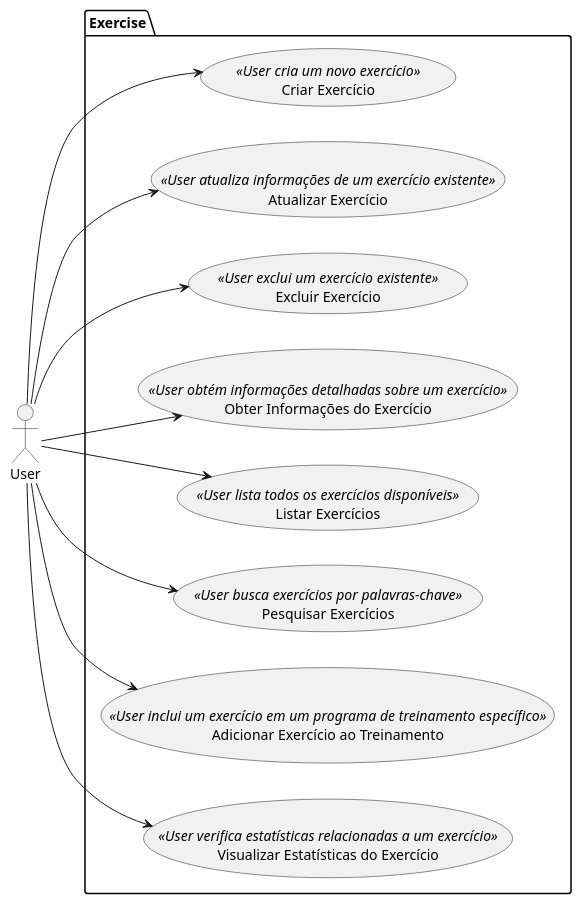
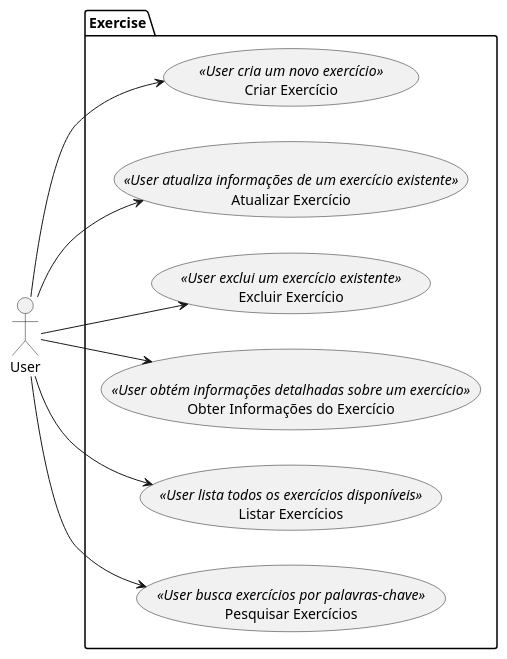
The diagram in uml/Exercise/usecases/index.wsd (LucasReisV1337/api-gym), drawn with PlantUML before and after one commit. The commit also changed 14 other files, not shown here.

```diff
--- a/uml/Exercise/usecases/index.wsd
+++ b/uml/Exercise/usecases/index.wsd
@@ -1,34 +1,30 @@
 @startuml
 left to right direction
 
 actor User as u
 
 package "Exercise" {
   usecase "Criar Exercício" as UC1 <<User cria um novo exercício>>
 
   usecase "Atualizar Exercício" as UC2 <<User atualiza informações de um exercício existente>>
 
   usecase "Excluir Exercício" as UC3 <<User exclui um exercício existente>>
 
   usecase "Obter Informações do Exercício" as UC4 <<User obtém informações detalhadas sobre um exercício>>
 
   usecase "Listar Exercícios" as UC5 <<User lista todos os exercícios disponíveis>>
 
   usecase "Pesquisar Exercícios" as UC6 <<User busca exercícios por palavras-chave>>
 
-  usecase "Adicionar Exercício ao Treinamento" as UC7 <<User inclui um exercício em um programa de treinamento específico>>
-
-  usecase "Visualizar Estatísticas do Exercício" as UC8 <<User verifica estatísticas relacionadas a um exercício>>
 
 }
 
 u --> UC1
 u --> UC2
 u --> UC3
 u --> UC4
 u --> UC5
 u --> UC6
-u --> UC7
-u --> UC8
+
 
 @enduml
```
